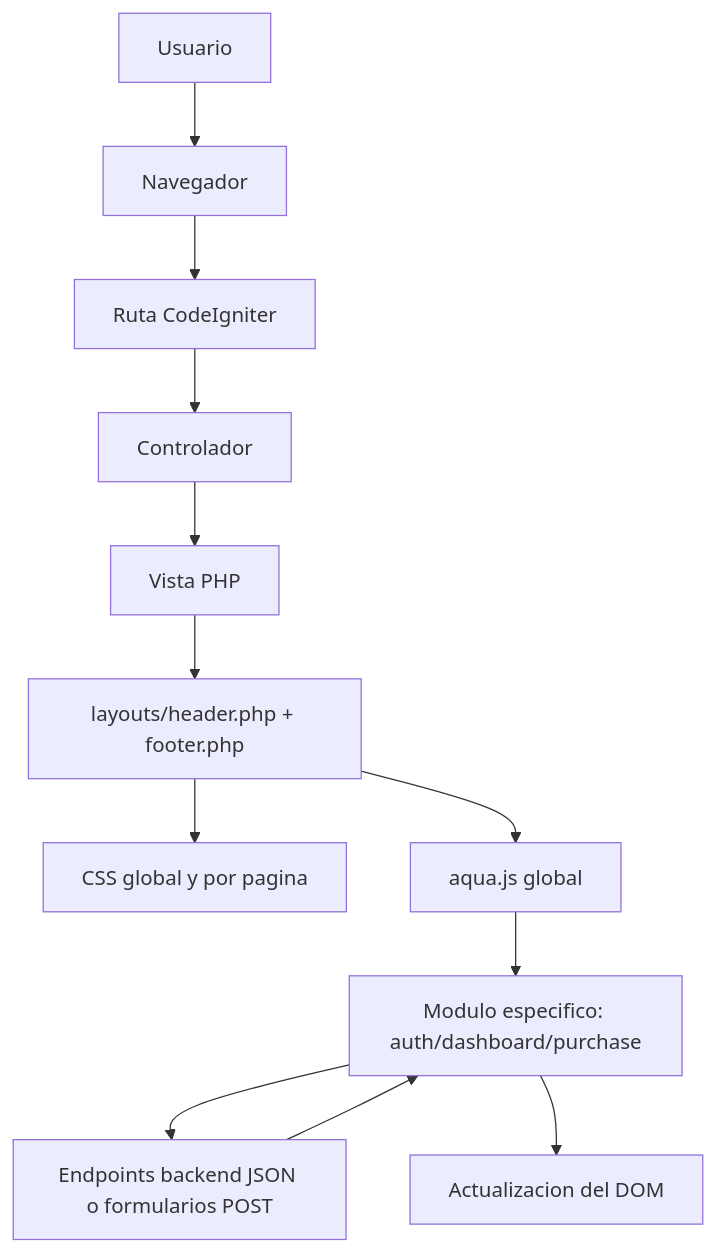
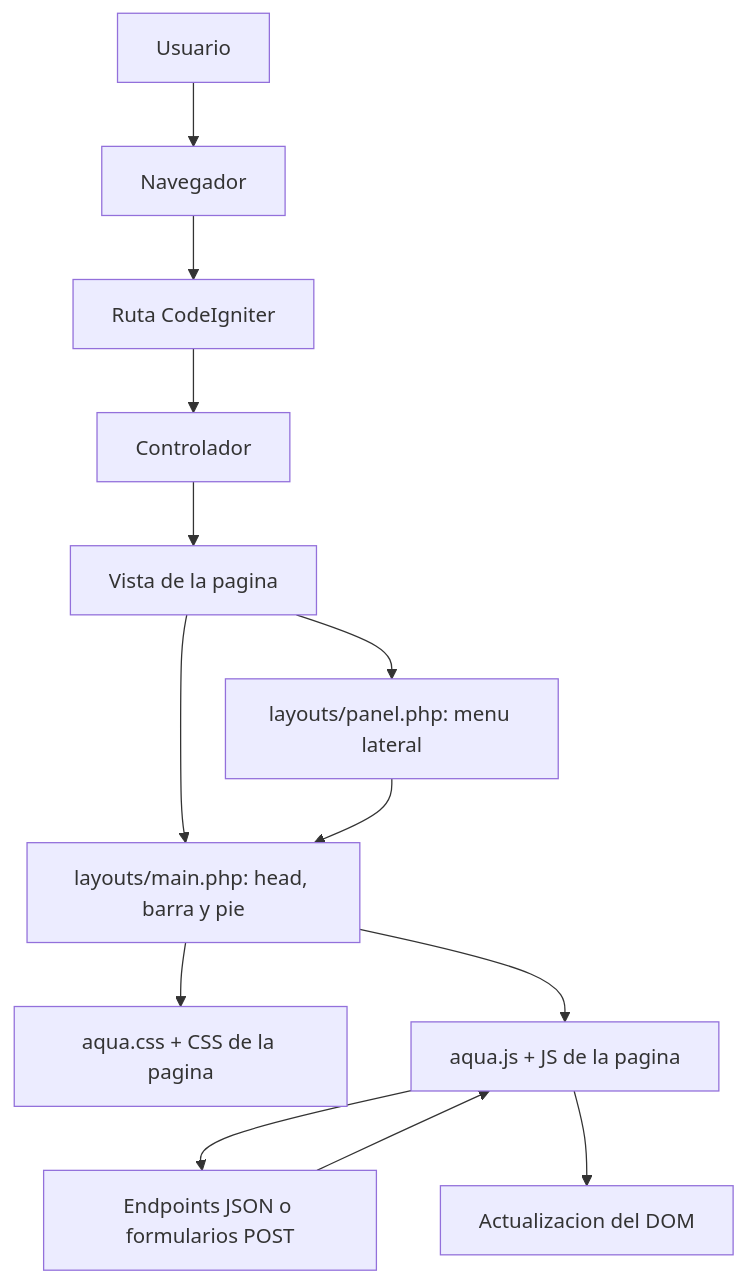
One commit to TuVieja22/AquaControl changed the first of 6 diagrams in FRONTEND_DOCUMENTACION.md. Above: the diagram before and after it, drawn with Mermaid. The commit also changed other lines of this file and 10 other files, not shown here.

````diff
--- a/FRONTEND_DOCUMENTACION.md
+++ b/FRONTEND_DOCUMENTACION.md
@@ -33,14 +32,15 @@
 ```mermaid
 flowchart TD
     U[Usuario] --> B[Navegador]
     B --> R[Ruta CodeIgniter]
     R --> C[Controlador]
-    C --> V[Vista PHP]
-    V --> L[layouts/header.php + footer.php]
-    L --> CSS[CSS global y por pagina]
-    L --> JS[aqua.js global]
-    JS --> M[Modulo especifico: auth/dashboard/purchase]
-    M --> API[Endpoints backend JSON o formularios POST]
-    API --> M
-    M --> DOM[Actualizacion del DOM]
+    C --> V[Vista de la pagina]
+    V --> P[layouts/panel.php: menu lateral]
+    V --> L[layouts/main.php: head, barra y pie]
+    P --> L
+    L --> CSS[aqua.css + CSS de la pagina]
+    L --> JS[aqua.js + JS de la pagina]
+    JS --> API[Endpoints JSON o formularios POST]
+    API --> JS
+    JS --> DOM[Actualizacion del DOM]
 ```
````
